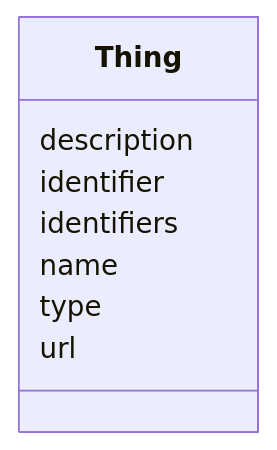
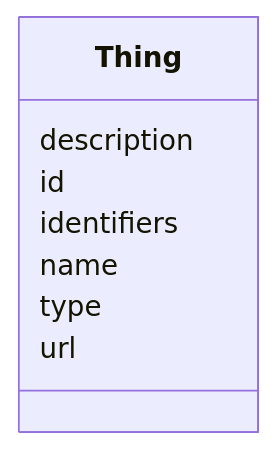
The diagram in item-list/Thing.md (INCATools/ontology-access-kit), drawn with Mermaid before and after one commit. The commit also changed other lines of this file and 57 other files, not shown here.

````diff
--- a/item-list/Thing.md
+++ b/item-list/Thing.md
@@ -9,17 +9,17 @@
 ```{mermaid}
  classDiagram
     class Thing
       Thing : description
         
-      Thing : identifier
+      Thing : id
         
       Thing : identifiers
         
       Thing : name
         
       Thing : type
         
       Thing : url
         
       
 ```
````
